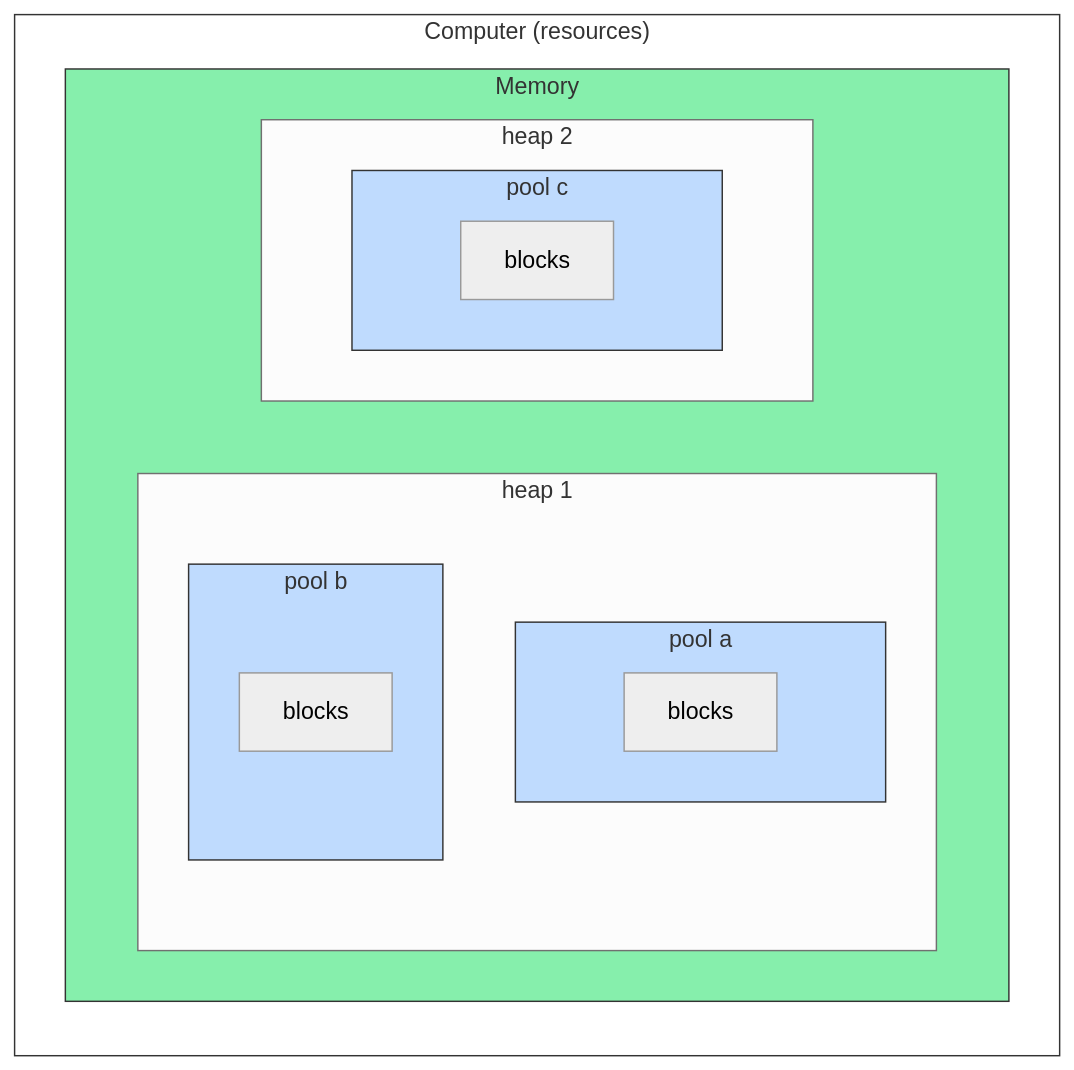
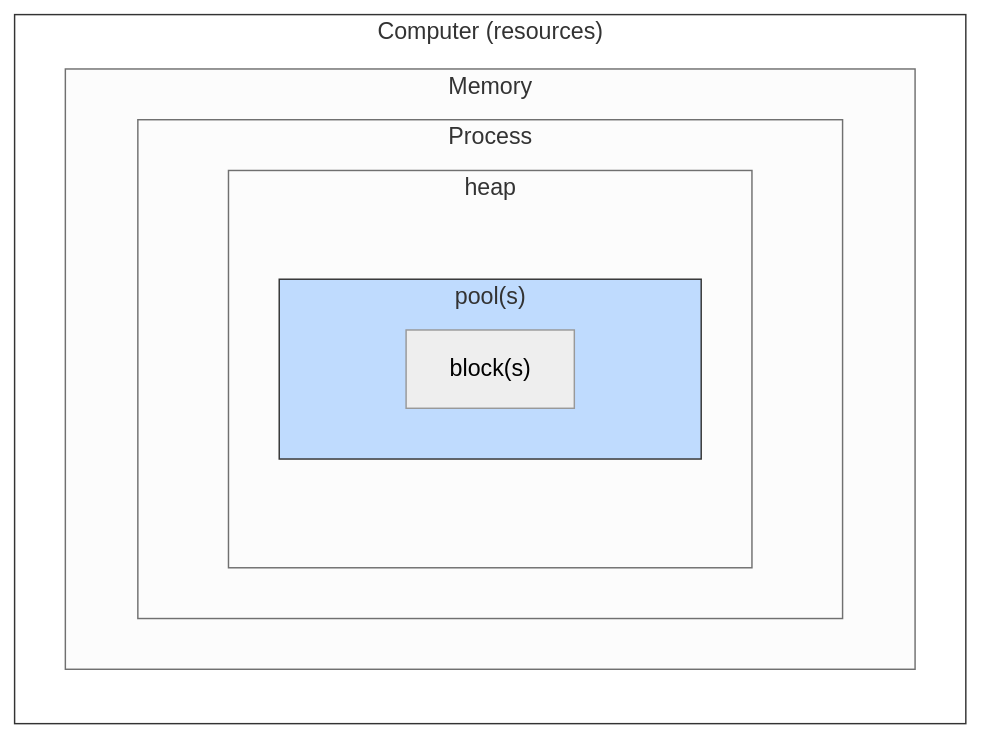
The third of 11 diagrams in _posts/2024-01-22-Python-Memory-Management-and-Troubleshooting.md (CU-DBMI/set-website), drawn with Mermaid (neutral theme) before and after one commit. The commit also changed other lines of this file and 1 other file, not shown here.

Commit message:
process segments; warehouse analogies

````diff
--- a/_posts/2024-01-22-Python-Memory-Management-and-Troubleshooting.md
+++ b/_posts/2024-01-22-Python-Memory-Management-and-Troubleshooting.md
@@ -168,30 +213,19 @@
 ```mermaid!
 flowchart LR
 
 subgraph computer ["Computer (resources)"]
-
-subgraph memory["Memory"]
-    subgraph heap1 ["heap 1"]
-        direction TB
-        subgraph poola["pool a"]
-          blocks1["blocks"]
-        end
-        subgraph poolb["pool b"]
-          blocks2["blocks"]
-        end
-    end
-    subgraph heap2 ["heap 2"]
-        subgraph poolc["pool c"]
-          blocks3["blocks"]
+    subgraph memory["Memory"]
+        subgraph process ["Process"]
+            subgraph heap ["heap"]
+                direction TB
+                subgraph pool ["pool(s)"]
+                    blocks1["block(s)"]
+                end
+            end
         end
     end
 end
 
-end
-
 style computer fill:#fff,stroke:#333
-style memory fill:#86EFAC,stroke:#333
-style poola fill:#BFDBFE,stroke:#333;
-style poolb fill:#BFDBFE,stroke:#333;
-style poolc fill:#BFDBFE,stroke:#333;
+style pool fill:#BFDBFE,stroke:#333;
 ```
````
